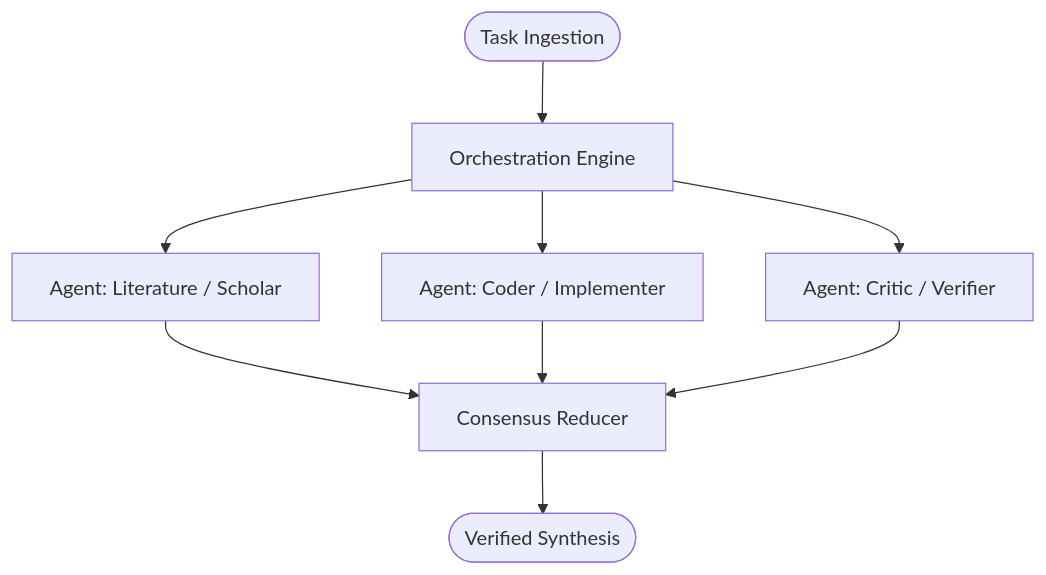
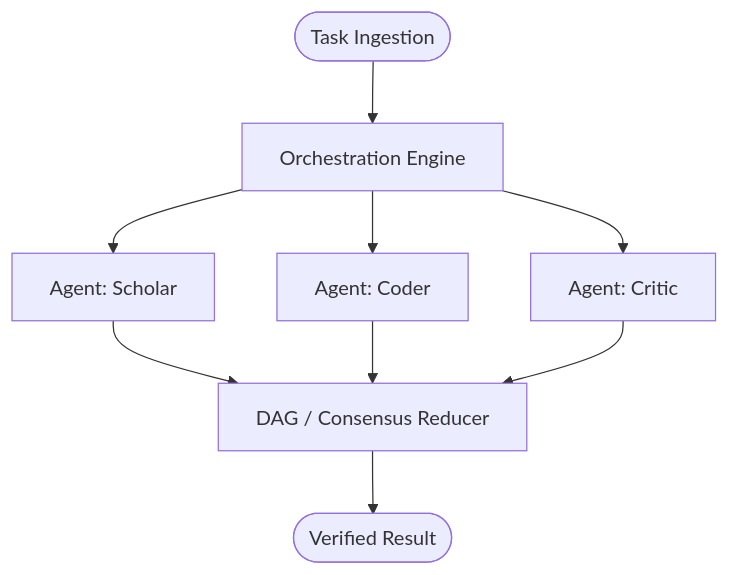
The diagram in README.md (pokushko/orchestration-engine), drawn with Mermaid before and after one commit. The commit also changed other lines of this file and 11 other files, not shown here.

Commit message:
feat: upgrade orchestrator with DAG waves, retries, consensus, tests, CI, and MIT license

````diff
--- a/README.md
+++ b/README.md
@@ -9,11 +9,11 @@
 ```mermaid
 graph TD
     User([Task Ingestion]) --> Orchestrator[Orchestration Engine]
-    Orchestrator --> AgentA[Agent: Literature / Scholar]
-    Orchestrator --> AgentB[Agent: Coder / Implementer]
-    Orchestrator --> AgentC[Agent: Critic / Verifier]
-    AgentA --> Reducer[Consensus Reducer]
-    AgentB --> Reducer
-    AgentC --> Reducer
-    Reducer --> Out([Verified Synthesis])
+    Orchestrator --> AgentA[Agent: Scholar]
+    Orchestrator --> AgentB[Agent: Coder]
+    Orchestrator --> AgentC[Agent: Critic]
+    AgentA --> DAG[DAG / Consensus Reducer]
+    AgentB --> DAG
+    AgentC --> DAG
+    DAG --> Out([Verified Result])
 ```
````
